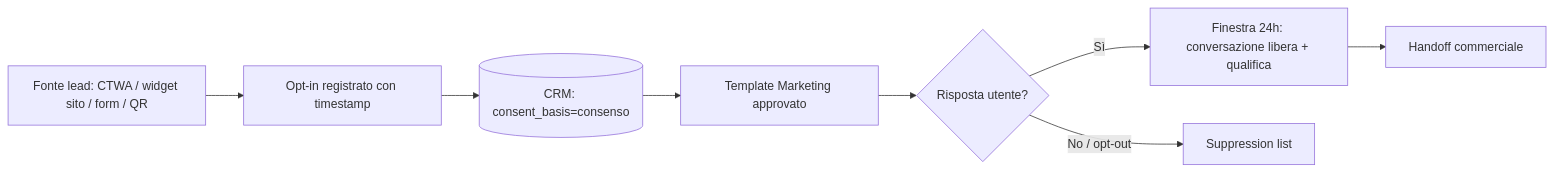
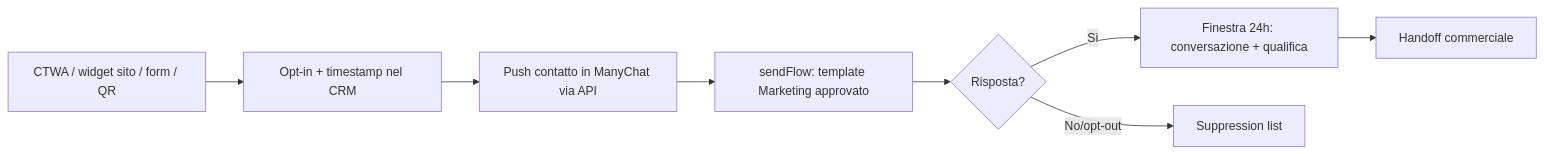
One commit to indigitmarketing-droid/agents-platform changed the fourth of 6 diagrams in docs/agenti-social-lead-gen/README.md. Above: the diagram before and after it, drawn with Mermaid. The commit also changed other lines of this file and 1 other file, not shown here.

First line of the commit message:
docs: integra ManyChat come layer di esecuzione + blueprint operativo

````diff
--- a/docs/agenti-social-lead-gen/README.md
+++ b/docs/agenti-social-lead-gen/README.md
@@ -286,10 +234,10 @@
 ```mermaid
 flowchart LR
-    A[Fonte lead: CTWA / widget sito / form / QR] --> B[Opt-in registrato con timestamp]
-    B --> C[(CRM: consent_basis=consenso)]
-    C --> D[Template Marketing approvato]
-    D --> E{Risposta utente?}
-    E -->|Sì| F[Finestra 24h: conversazione libera + qualifica]
-    E -->|No / opt-out| G[Suppression list]
+    A[CTWA / widget sito / form / QR] --> B[Opt-in + timestamp nel CRM]
+    B --> C[Push contatto in ManyChat via API]
+    C --> D[sendFlow: template Marketing approvato]
+    D --> E{Risposta?}
+    E -->|Sì| F[Finestra 24h: conversazione + qualifica]
+    E -->|No/opt-out| G[Suppression list]
     F --> H[Handoff commerciale]
 ```
````
